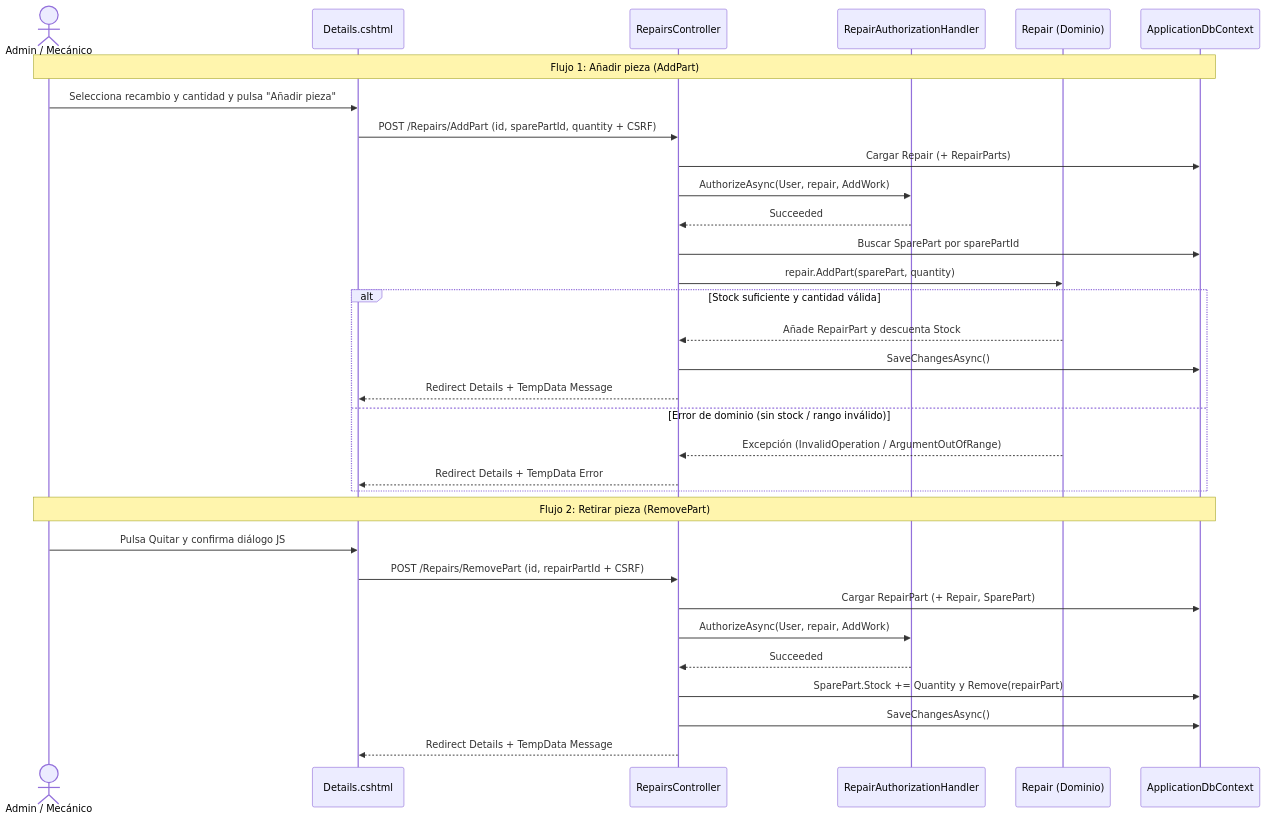
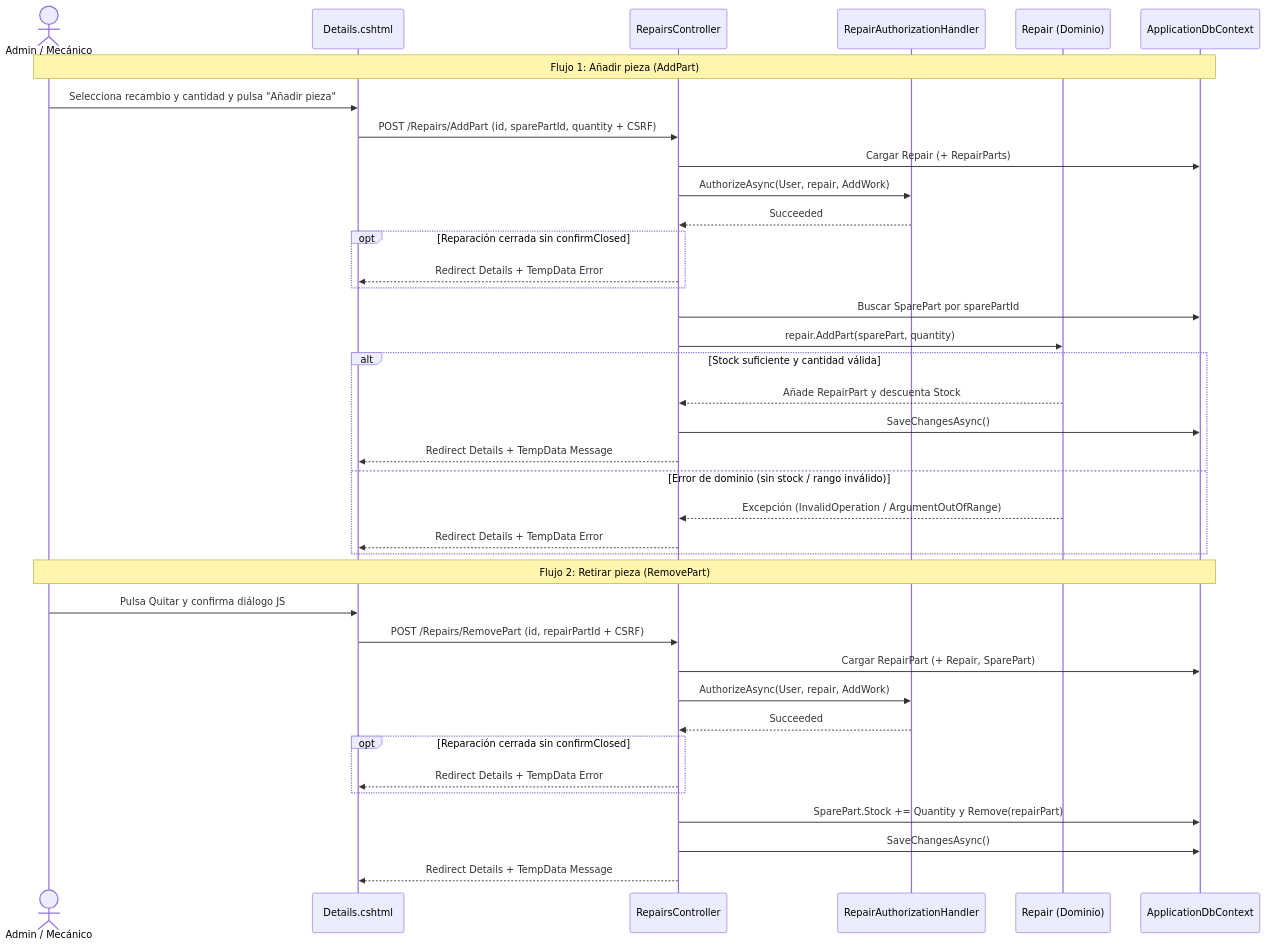
One commit to certidevs/g3_aspnet changed the fifth of 5 diagrams in docs/documentacion-tecnica-reparaciones.md. Above: the diagram before and after it, drawn with Mermaid. The commit also changed other lines of this file and 21 other files, not shown here.

````diff
--- a/docs/documentacion-tecnica-reparaciones.md
+++ b/docs/documentacion-tecnica-reparaciones.md
@@ -206,36 +205,42 @@
 ```mermaid
 sequenceDiagram
     actor Staff as Admin / Mecánico
     participant View as Details.cshtml
     participant Ctrl as RepairsController
     participant Auth as RepairAuthorizationHandler
     participant Dom as Repair (Dominio)
     participant DB as ApplicationDbContext
 
     Note over Staff,DB: Flujo 1: Añadir pieza (AddPart)
     Staff->>View: Selecciona recambio y cantidad y pulsa "Añadir pieza"
     View->>Ctrl: POST /Repairs/AddPart (id, sparePartId, quantity + CSRF)
     Ctrl->>DB: Cargar Repair (+ RepairParts)
     Ctrl->>Auth: AuthorizeAsync(User, repair, AddWork)
     Auth-->>Ctrl: Succeeded
+    opt Reparación cerrada sin confirmClosed
+        Ctrl-->>View: Redirect Details + TempData Error
+    end
     Ctrl->>DB: Buscar SparePart por sparePartId
     Ctrl->>Dom: repair.AddPart(sparePart, quantity)
     alt Stock suficiente y cantidad válida
         Dom-->>Ctrl: Añade RepairPart y descuenta Stock
         Ctrl->>DB: SaveChangesAsync()
         Ctrl-->>View: Redirect Details + TempData Message
     else Error de dominio (sin stock / rango inválido)
         Dom-->>Ctrl: Excepción (InvalidOperation / ArgumentOutOfRange)
         Ctrl-->>View: Redirect Details + TempData Error
     end
 
     Note over Staff,DB: Flujo 2: Retirar pieza (RemovePart)
     Staff->>View: Pulsa Quitar y confirma diálogo JS
     View->>Ctrl: POST /Repairs/RemovePart (id, repairPartId + CSRF)
     Ctrl->>DB: Cargar RepairPart (+ Repair, SparePart)
     Ctrl->>Auth: AuthorizeAsync(User, repair, AddWork)
     Auth-->>Ctrl: Succeeded
+    opt Reparación cerrada sin confirmClosed
+        Ctrl-->>View: Redirect Details + TempData Error
+    end
     Ctrl->>DB: SparePart.Stock += Quantity y Remove(repairPart)
     Ctrl->>DB: SaveChangesAsync()
     Ctrl-->>View: Redirect Details + TempData Message
 ```
````
